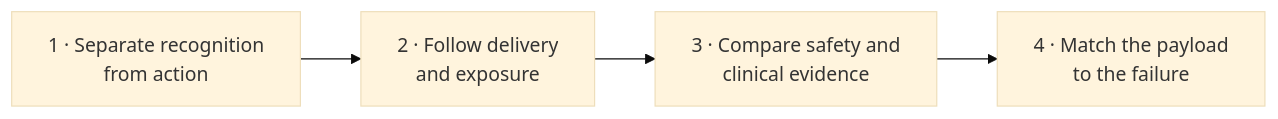
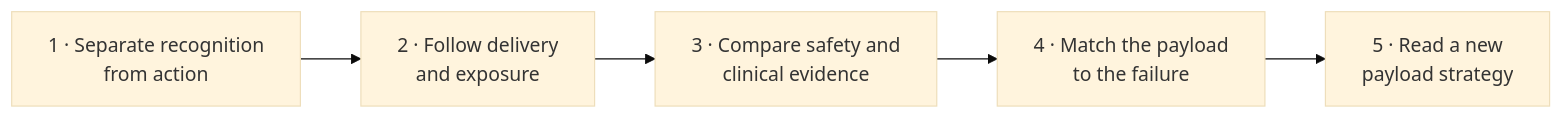
Before and after one commit to jasonLaster/oncoguide: the diagram in wiki/education/guides/aiming-a-drug-at-a-surface-target/index.md, drawn with Mermaid (base theme). The commit also changed other lines of this file and 19 other files, not shown here.

````diff
--- a/wiki/education/guides/aiming-a-drug-at-a-surface-target/index.md
+++ b/wiki/education/guides/aiming-a-drug-at-a-surface-target/index.md
@@ -35,6 +36,7 @@
 ```mermaid
 flowchart LR
  A["1 · Separate recognition<br/>from action"] --> B["2 · Follow delivery<br/>and exposure"]
  B --> C["3 · Compare safety and<br/>clinical evidence"]
  C --> D["4 · Match the payload<br/>to the failure"]
+ D --> E["5 · Read a new<br/>payload strategy"]
 ```
````
